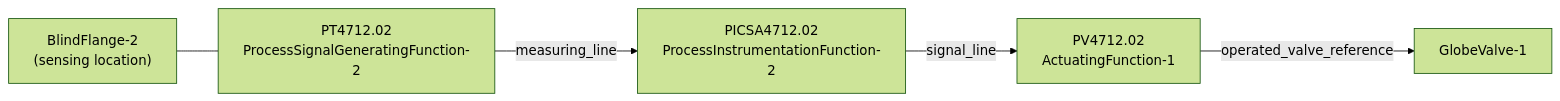
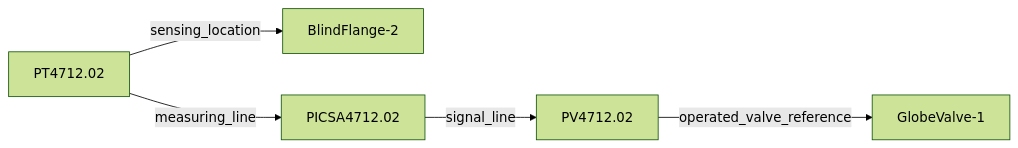
Before and after one commit to shaaz1000/pid-graph-agent: the seventh of 8 diagrams in docs/ARCHITECTURE_DEEP_DIVE.md, drawn with Mermaid (forest theme). The commit also changed other lines of this file, not shown here.

Commit message:
docs: improve architecture deep dive usability

````diff
--- a/docs/ARCHITECTURE_DEEP_DIVE.md
+++ b/docs/ARCHITECTURE_DEEP_DIVE.md
@@ -893,7 +1075,7 @@
 ```mermaid
 flowchart LR
-    BF["BlindFlange-2<br/>(sensing location)"] --- PT["PT4712.02<br/>ProcessSignalGeneratingFunction-2"]
-    PT -->|measuring_line| PIC["PICSA4712.02<br/>ProcessInstrumentationFunction-2"]
-    PIC -->|signal_line| PV["PV4712.02<br/>ActuatingFunction-1"]
-    PV -->|operated_valve_reference| GV["GlobeValve-1"]
+    PT["PT4712.02"] -->|"sensing_location"| BF["BlindFlange-2"]
+    PT -->|"measuring_line"| PIC["PICSA4712.02"]
+    PIC -->|"signal_line"| PV["PV4712.02"]
+    PV -->|"operated_valve_reference"| GV["GlobeValve-1"]
 ```
````
